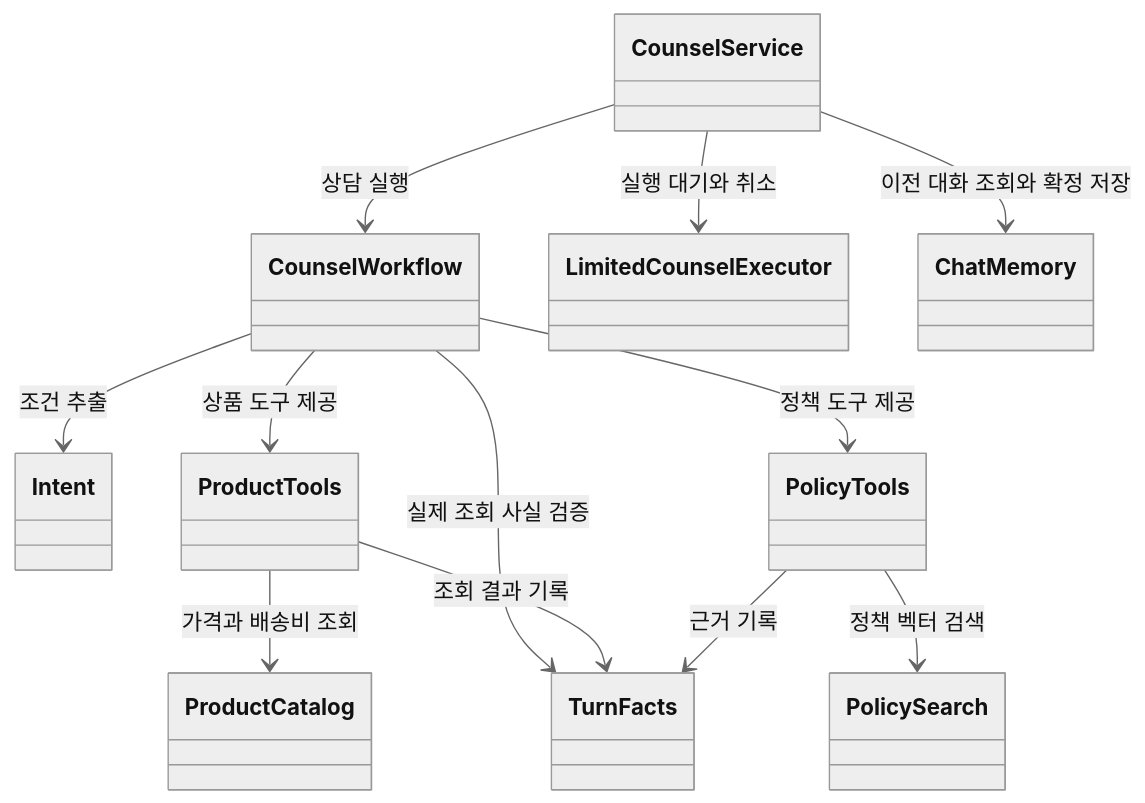
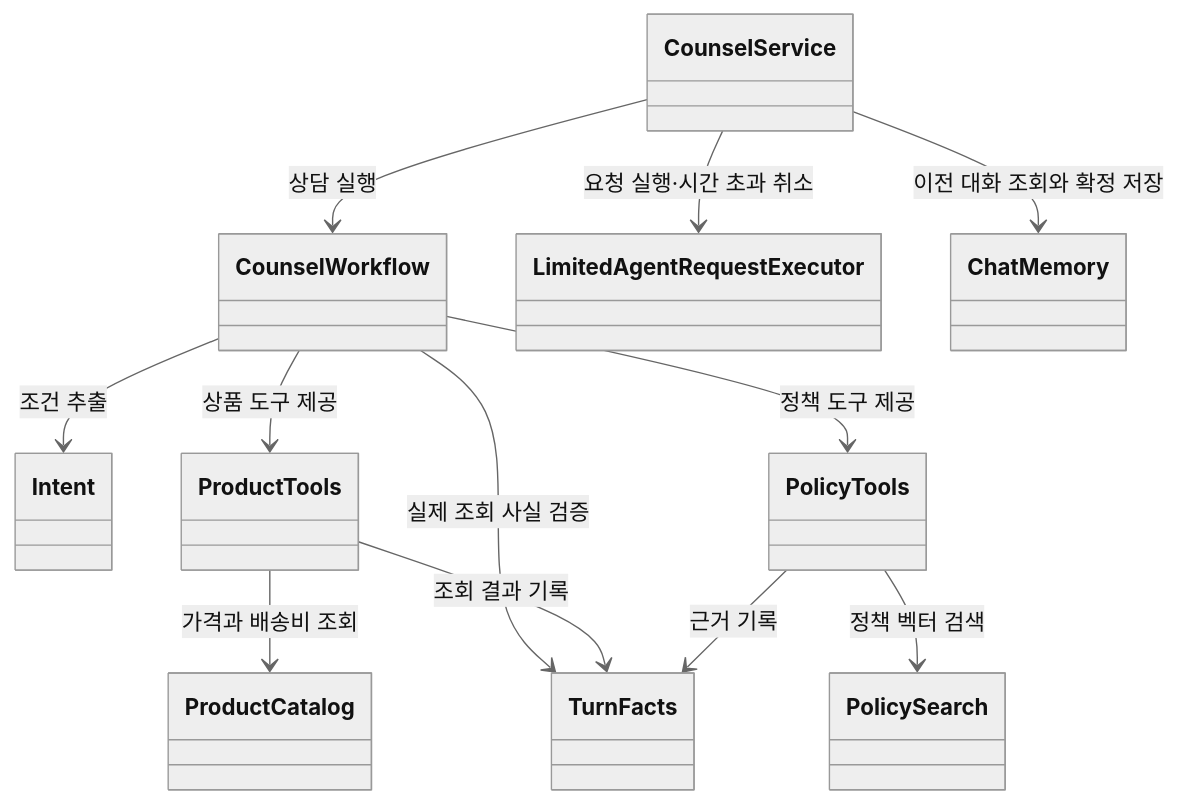
The first of 2 diagrams in Spring-AI-Agent-Learning/docs/lessons/13-shopping-agent/01-map.md (Justin-ad-Park/SpringShoppingAI), drawn with Mermaid (neutral theme) before and after one commit. The commit also changed other lines of this file and 24 other files, not shown here.

````diff
--- a/Spring-AI-Agent-Learning/docs/lessons/13-shopping-agent/01-map.md
+++ b/Spring-AI-Agent-Learning/docs/lessons/13-shopping-agent/01-map.md
@@ -35,14 +35,14 @@
 ```mermaid
 classDiagram
     CounselService --> CounselWorkflow : 상담 실행
-    CounselService --> LimitedCounselExecutor : 실행 대기와 취소
+    CounselService --> LimitedAgentRequestExecutor : 요청 실행·시간 초과 취소
     CounselWorkflow --> Intent : 조건 추출
     CounselService --> ChatMemory : 이전 대화 조회와 확정 저장
     CounselWorkflow --> ProductTools : 상품 도구 제공
     CounselWorkflow --> PolicyTools : 정책 도구 제공
     CounselWorkflow --> TurnFacts : 실제 조회 사실 검증
     ProductTools --> ProductCatalog : 가격과 배송비 조회
     ProductTools --> TurnFacts : 조회 결과 기록
     PolicyTools --> PolicySearch : 정책 벡터 검색
     PolicyTools --> TurnFacts : 근거 기록
 ```
````
